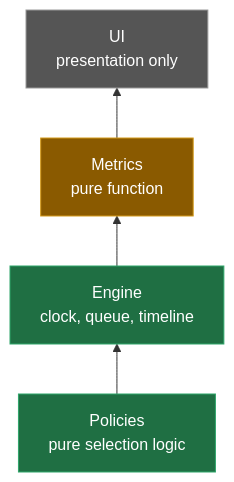
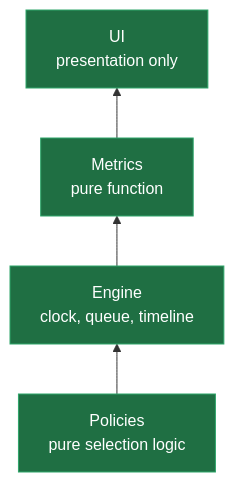
Before and after one commit to ahmedmedhat-se/cpu-process-scheduling-app: the ninth of 9 diagrams in README.md, drawn with Mermaid. The commit also changed other lines of this file, not shown here.

Commit message:
docs: modifying README.md with OS concepts, architecture, and design decisions

````diff
--- a/README.md
+++ b/README.md
@@ -338,10 +338,10 @@
 ```mermaid
 flowchart BT
     P["Policies<br/>pure selection logic"] --> EN["Engine<br/>clock, queue, timeline"]
     EN --> M["Metrics<br/>pure function"]
     M --> UI["UI<br/>presentation only"]
     style P fill:#1f6f43,stroke:#2ea66a,color:#ffffff
     style EN fill:#1f6f43,stroke:#2ea66a,color:#ffffff
-    style M fill:#8a5a00,stroke:#d49a1a,color:#ffffff
-    style UI fill:#555555,stroke:#999999,color:#ffffff
+    style M fill:#1f6f43,stroke:#2ea66a,color:#ffffff
+    style UI fill:#1f6f43,stroke:#2ea66a,color:#ffffff
 ```
````
